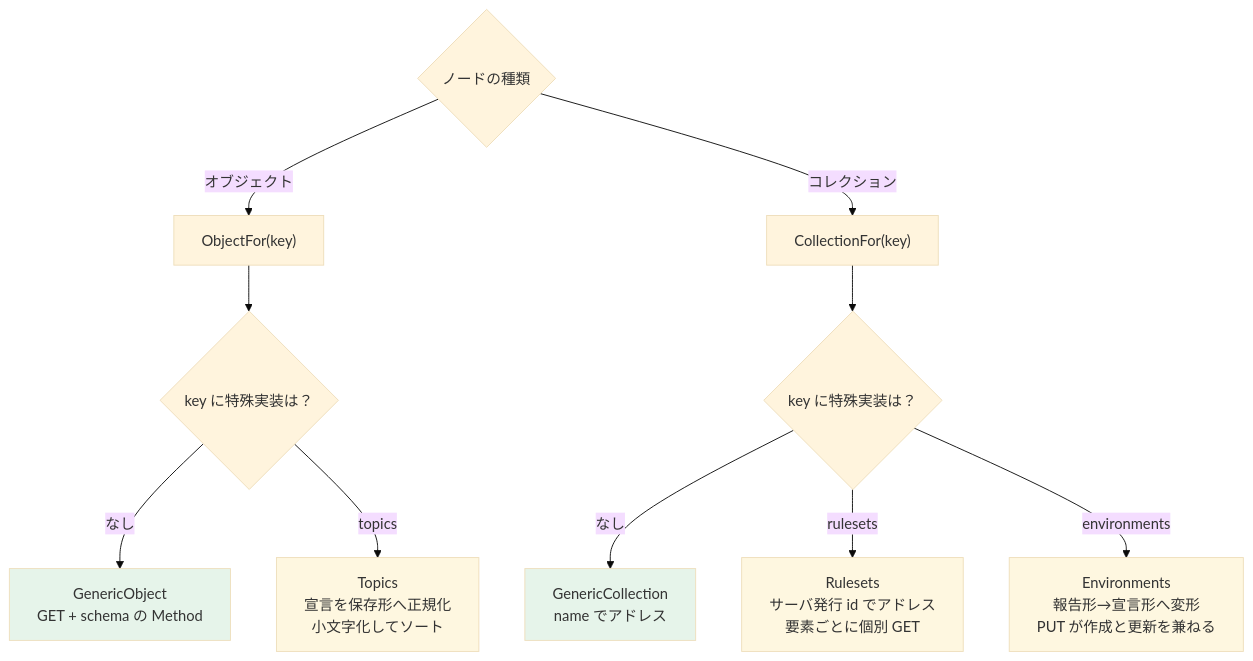
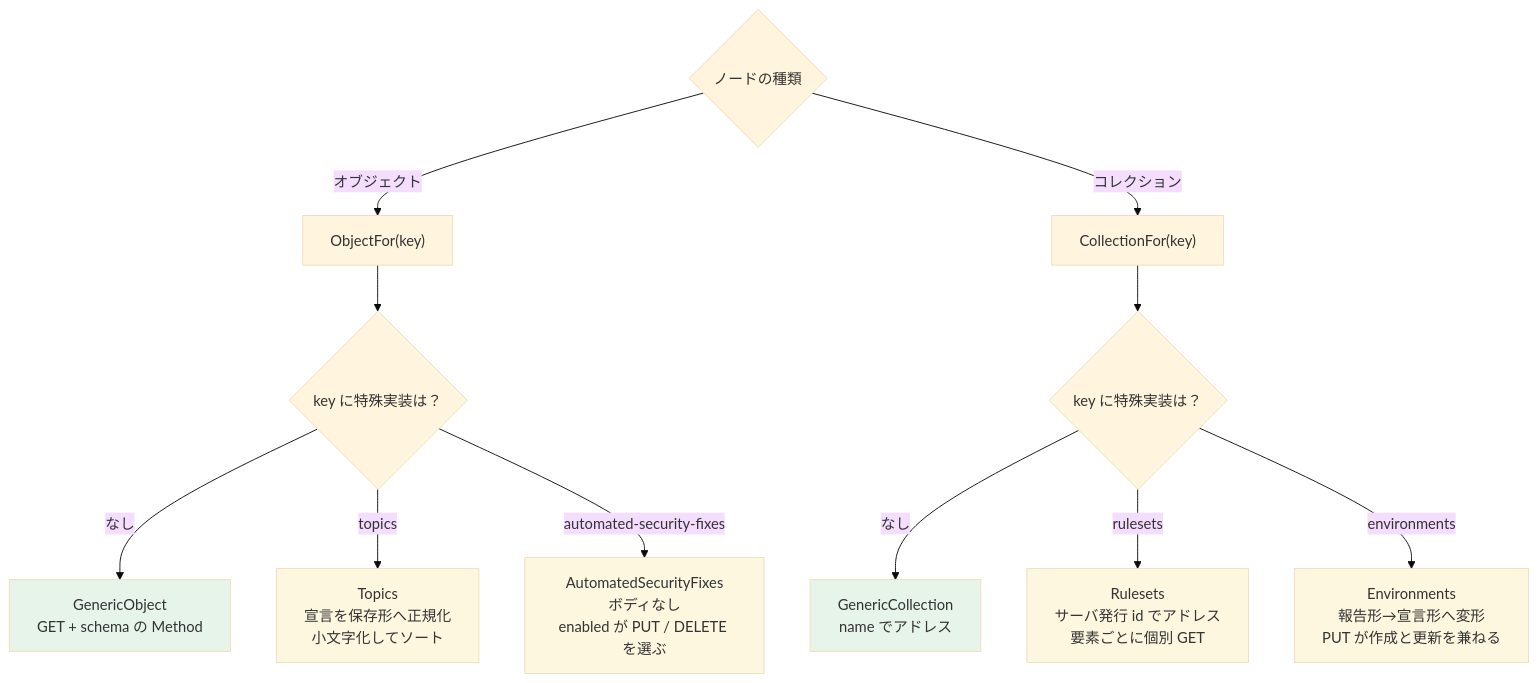
Before and after one commit to kota65535/ghs: the fourth of 5 diagrams in docs/architecture.md, drawn with Mermaid (base theme). The commit also changed other lines of this file and 7 other files, not shown here.

````diff
--- a/docs/architecture.md
+++ b/docs/architecture.md
@@ -112,20 +112,22 @@
 ```mermaid
 graph TD
     Q{"ノードの種類"}
     Q -->|オブジェクト| O["ObjectFor(key)"]
     Q -->|コレクション| CO["CollectionFor(key)"]
 
     O --> OG0{"key に特殊実装は？"}
     OG0 -->|なし| OG["GenericObject<br/>GET + schema の Method"]
     OG0 -->|topics| TP["Topics<br/>宣言を保存形へ正規化<br/>小文字化してソート"]
+    OG0 -->|automated-security-fixes| SF["AutomatedSecurityFixes<br/>ボディなし<br/>enabled が PUT / DELETE を選ぶ"]
     CO --> CG{"key に特殊実装は？"}
     CG -->|なし| GC["GenericCollection<br/>name でアドレス"]
     CG -->|rulesets| RS["Rulesets<br/>サーバ発行 id でアドレス<br/>要素ごとに個別 GET"]
     CG -->|environments| EN["Environments<br/>報告形→宣言形へ変形<br/>PUT が作成と更新を兼ねる"]
 
     style OG fill:#e6f4ea
     style GC fill:#e6f4ea
     style TP fill:#fef7e0
+    style SF fill:#fef7e0
     style RS fill:#fef7e0
     style EN fill:#fef7e0
 ```
````
